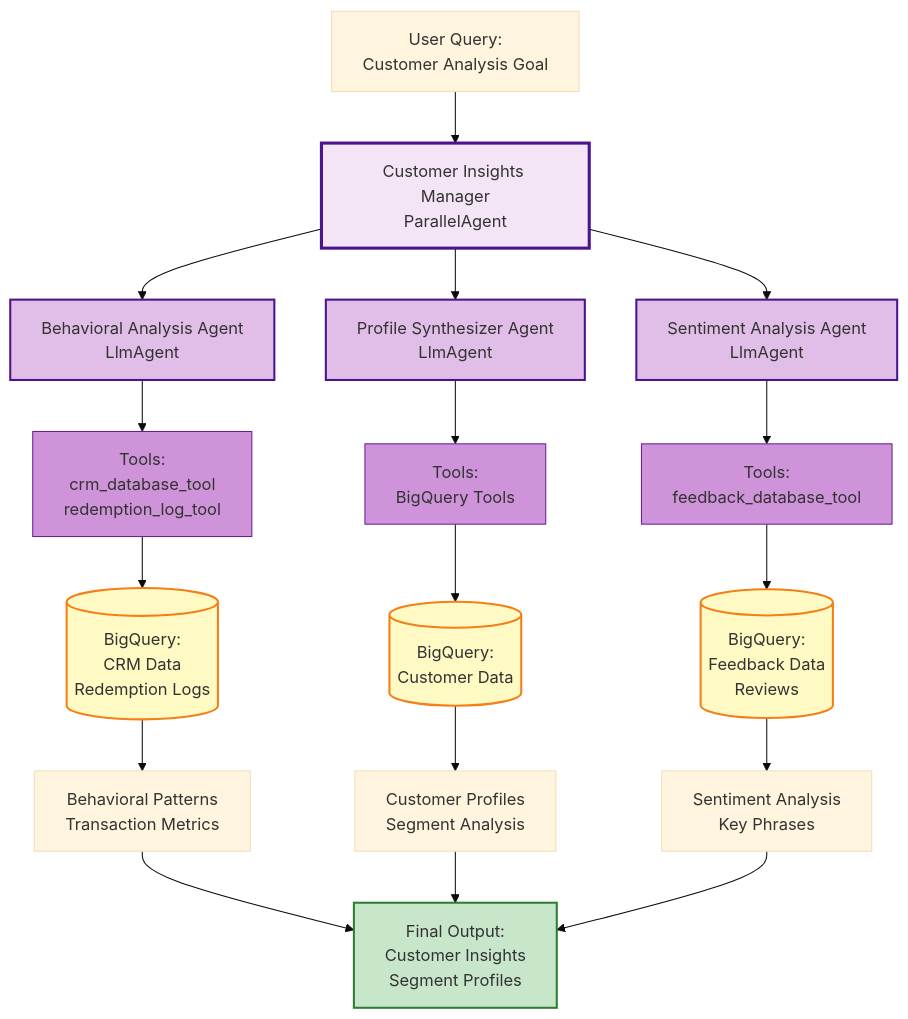
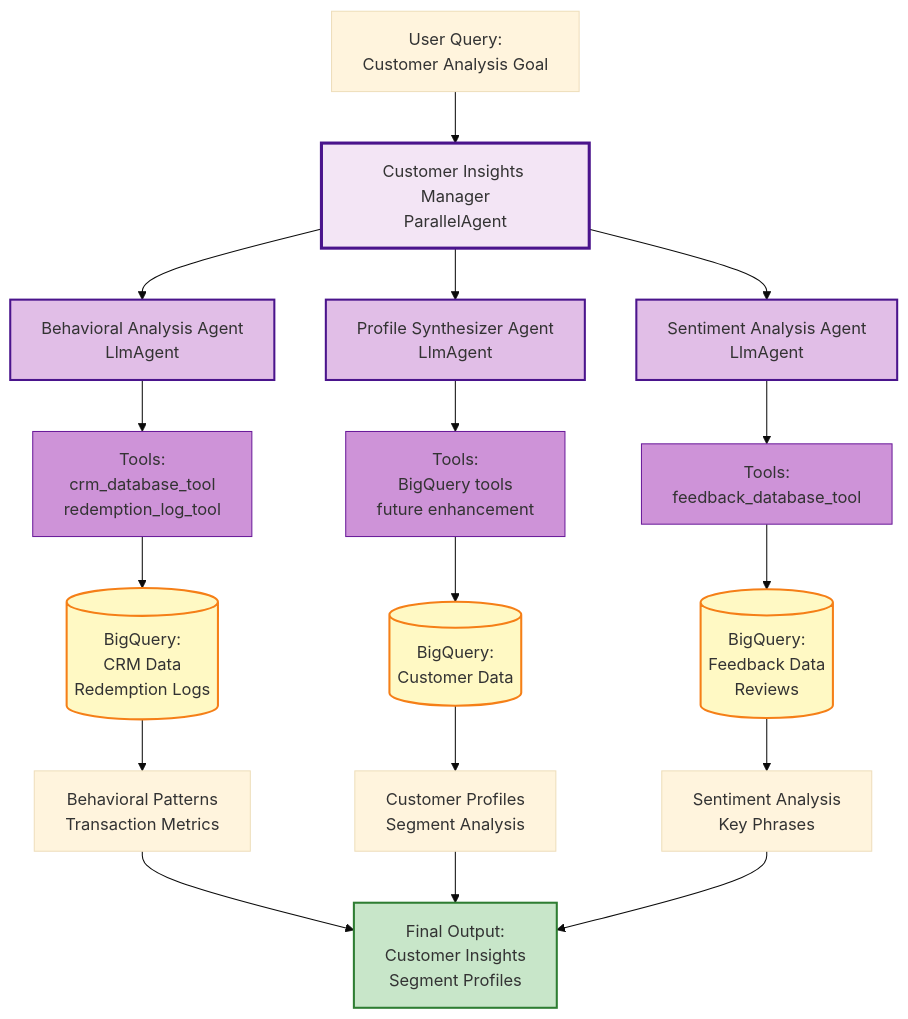
The diagram in docs/mermaid_diagrams/03_customer_insights.mmd (biru-dash/Wendy-hackathon), drawn with Mermaid (base theme) before and after one commit. The commit also changed 14 other files, not shown here.

Commit message:
Updated mermaid diagrams

```diff
--- a/docs/mermaid_diagrams/03_customer_insights.mmd
+++ b/docs/mermaid_diagrams/03_customer_insights.mmd
@@ -1,34 +1,34 @@
 graph TB
     Input[User Query:<br/>Customer Analysis Goal] --> CI[Customer Insights Manager<br/>ParallelAgent]
     
     CI --> Parallel1[Behavioral Analysis Agent<br/>LlmAgent]
     CI --> Parallel2[Profile Synthesizer Agent<br/>LlmAgent]
     CI --> Parallel3[Sentiment Analysis Agent<br/>LlmAgent]
     
     Parallel1 --> Tool1[Tools:<br/>crm_database_tool<br/>redemption_log_tool]
     Tool1 --> BQ1[(BigQuery:<br/>CRM Data<br/>Redemption Logs)]
     BQ1 --> Output1[Behavioral Patterns<br/>Transaction Metrics]
     
-    Parallel2 --> Tool2[Tools:<br/>BigQuery Tools]
+    Parallel2 --> Tool2[Tools:<br/>BigQuery tools<br/>future enhancement]
     Tool2 --> BQ2[(BigQuery:<br/>Customer Data)]
     BQ2 --> Output2[Customer Profiles<br/>Segment Analysis]
     
     Parallel3 --> Tool3[Tools:<br/>feedback_database_tool]
     Tool3 --> BQ3[(BigQuery:<br/>Feedback Data<br/>Reviews)]
     BQ3 --> Output3[Sentiment Analysis<br/>Key Phrases]
     
     Output1 --> Final[Final Output:<br/>Customer Insights<br/>Segment Profiles]
     Output2 --> Final
     Output3 --> Final
     
     style CI fill:#f3e5f5,stroke:#4a148c,stroke-width:3px
     style Parallel1 fill:#e1bee7,stroke:#4a148c,stroke-width:2px
     style Parallel2 fill:#e1bee7,stroke:#4a148c,stroke-width:2px
     style Parallel3 fill:#e1bee7,stroke:#4a148c,stroke-width:2px
     style Tool1 fill:#ce93d8,stroke:#6a1b9a,stroke-width:1px
     style Tool2 fill:#ce93d8,stroke:#6a1b9a,stroke-width:1px
     style Tool3 fill:#ce93d8,stroke:#6a1b9a,stroke-width:1px
     style BQ1 fill:#fff9c4,stroke:#f57f17,stroke-width:2px
     style BQ2 fill:#fff9c4,stroke:#f57f17,stroke-width:2px
     style BQ3 fill:#fff9c4,stroke:#f57f17,stroke-width:2px
     style Final fill:#c8e6c9,stroke:#2e7d32,stroke-width:2px
```
